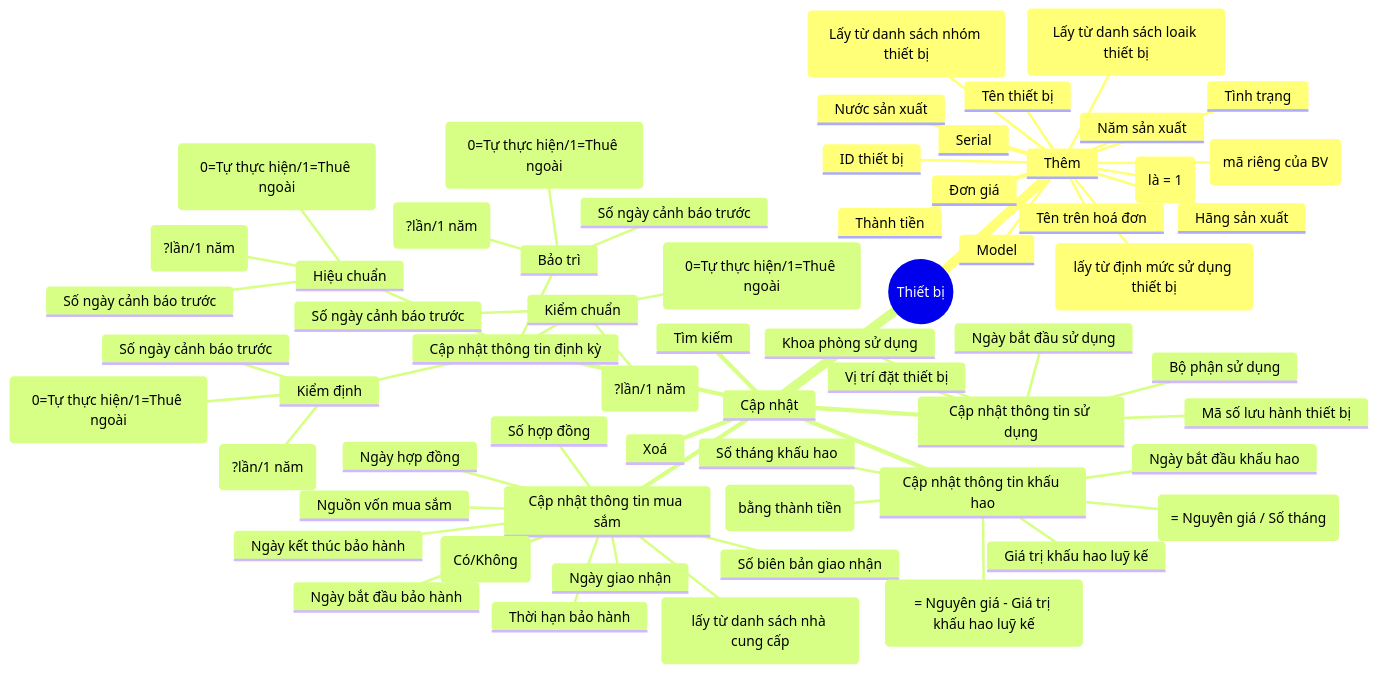
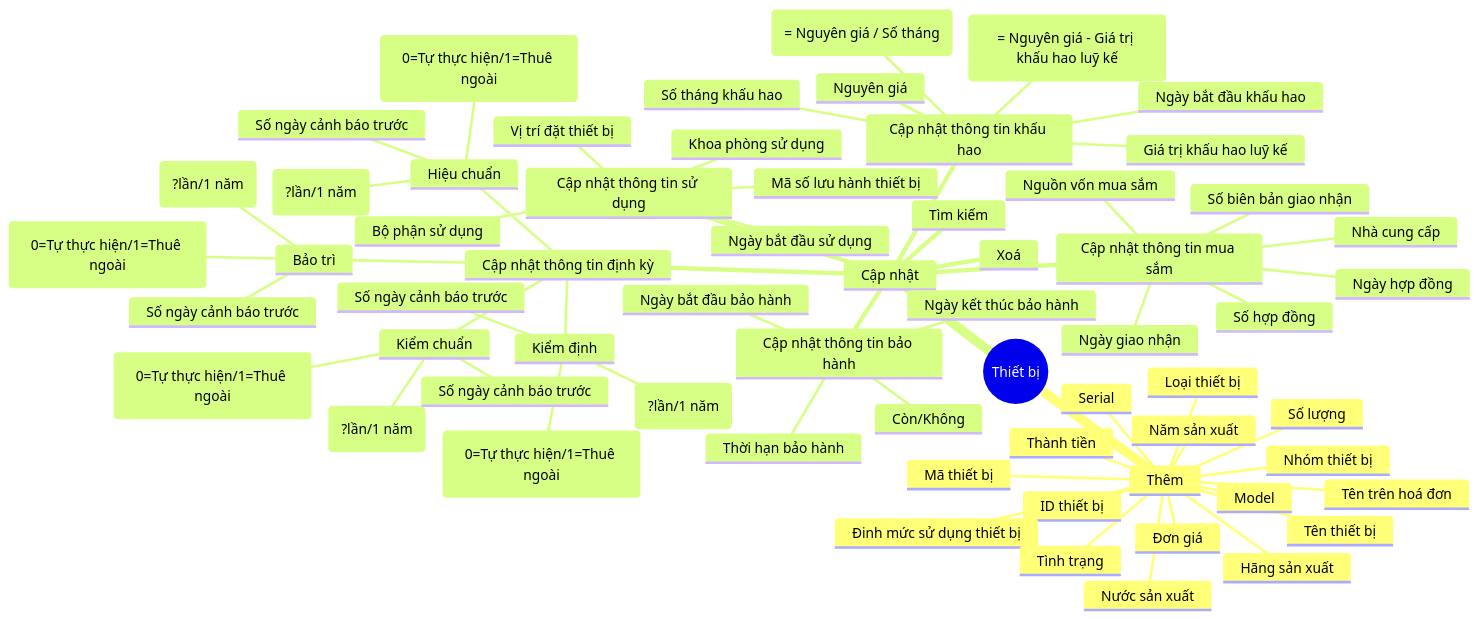
The diagram in mindmap-thietbi.md (nthanhdo/mems-brainstorm), drawn with Mermaid before and after one commit.

````diff
--- a/mindmap-thietbi.md
+++ b/mindmap-thietbi.md
@@ -1,67 +1,68 @@
 ```mermaid
 mindmap
   root((Thiết bị))
       Thêm
         ID thiết bị
-        Mã thiết bị (mã riêng của BV)
+        Mã thiết bị
         Tên thiết bị
         Tên trên hoá đơn
-        Loại thiết bị (Lấy từ danh sách loaik thiết bị)
-        Nhóm thiết bị (Lấy từ danh sách nhóm thiết bị)
-        Đinh mức sử dụng thiết bị (lấy từ định mức sử dụng thiết bị)
+        Loại thiết bị
+        Nhóm thiết bị
+        Đinh mức sử dụng thiết bị
         Hãng sản xuất
         Nước sản xuất
         Năm sản xuất
         Model
         Serial
-        Số lượng (là = 1)
+        Số lượng
         Đơn giá
         Thành tiền
         Tình trạng
     Cập nhật
       Cập nhật thông tin sử dụng
         Khoa phòng sử dụng
         Bộ phận sử dụng
         Ngày bắt đầu sử dụng
         Vị trí đặt thiết bị
         Mã số lưu hành thiết bị
       Cập nhật thông tin mua sắm
-        Nhà cung cấp (lấy từ danh sách nhà cung cấp)
+        Nhà cung cấp
         Số hợp đồng
         Ngày hợp đồng
         Số biên bản giao nhận
         Ngày giao nhận
         Nguồn vốn mua sắm
-        Bảo hành (Có/Không)
+      Cập nhật thông tin bảo hành
+        Còn/Không
         Thời hạn bảo hành
         Ngày bắt đầu bảo hành
         Ngày kết thúc bảo hành
       Cập nhật thông tin khấu hao
-        Nguyên giá (bằng thành tiền)
+        Nguyên giá
         Số tháng khấu hao
         Ngày bắt đầu khấu hao
         Giá trị khấu hao tháng (= Nguyên giá / Số tháng)
         Giá trị khấu hao luỹ kế
         Giá trị còn lại (= Nguyên giá - Giá trị khấu hao luỹ kế)
       Cập nhật thông tin định kỳ
         Bảo trì
             Hình thức thực hiện (0=Tự thực hiện/1=Thuê ngoài)
             Tần suất thực hiện (?lần/1 năm)
             Số ngày cảnh báo trước
         Kiểm định
             Hình thức thực hiện (0=Tự thực hiện/1=Thuê ngoài)
             Tần suất thực hiện (?lần/1 năm)
             Số ngày cảnh báo trước
         Hiệu chuẩn
             Hình thức thực hiện (0=Tự thực hiện/1=Thuê ngoài)
             Tần suất thực hiện (?lần/1 năm)
             Số ngày cảnh báo trước
         Kiểm chuẩn
             Hình thức thực hiện (0=Tự thực hiện/1=Thuê ngoài)
             Tần suất thực hiện (?lần/1 năm)
             Số ngày cảnh báo trước
       Xoá
         
       Tìm kiếm
       
 ```
````
